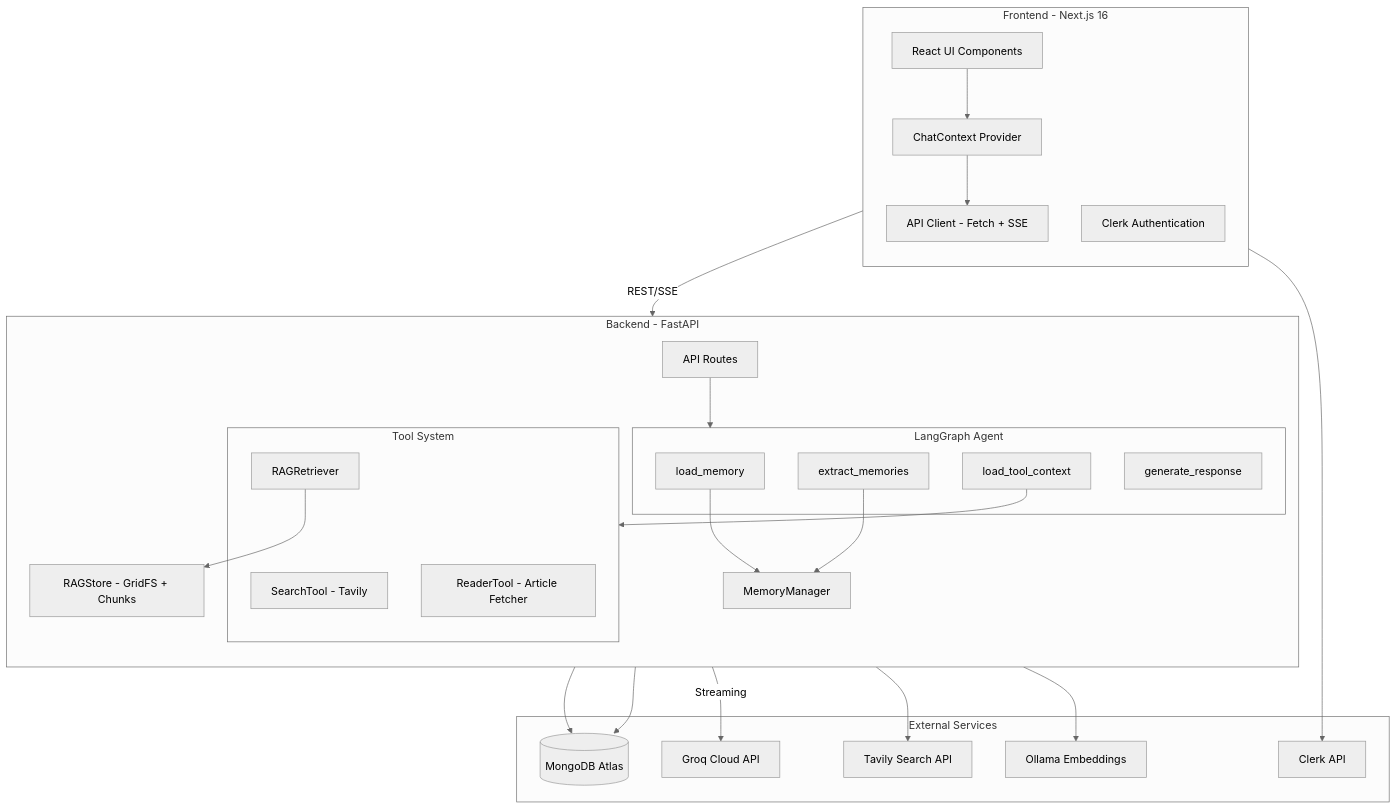
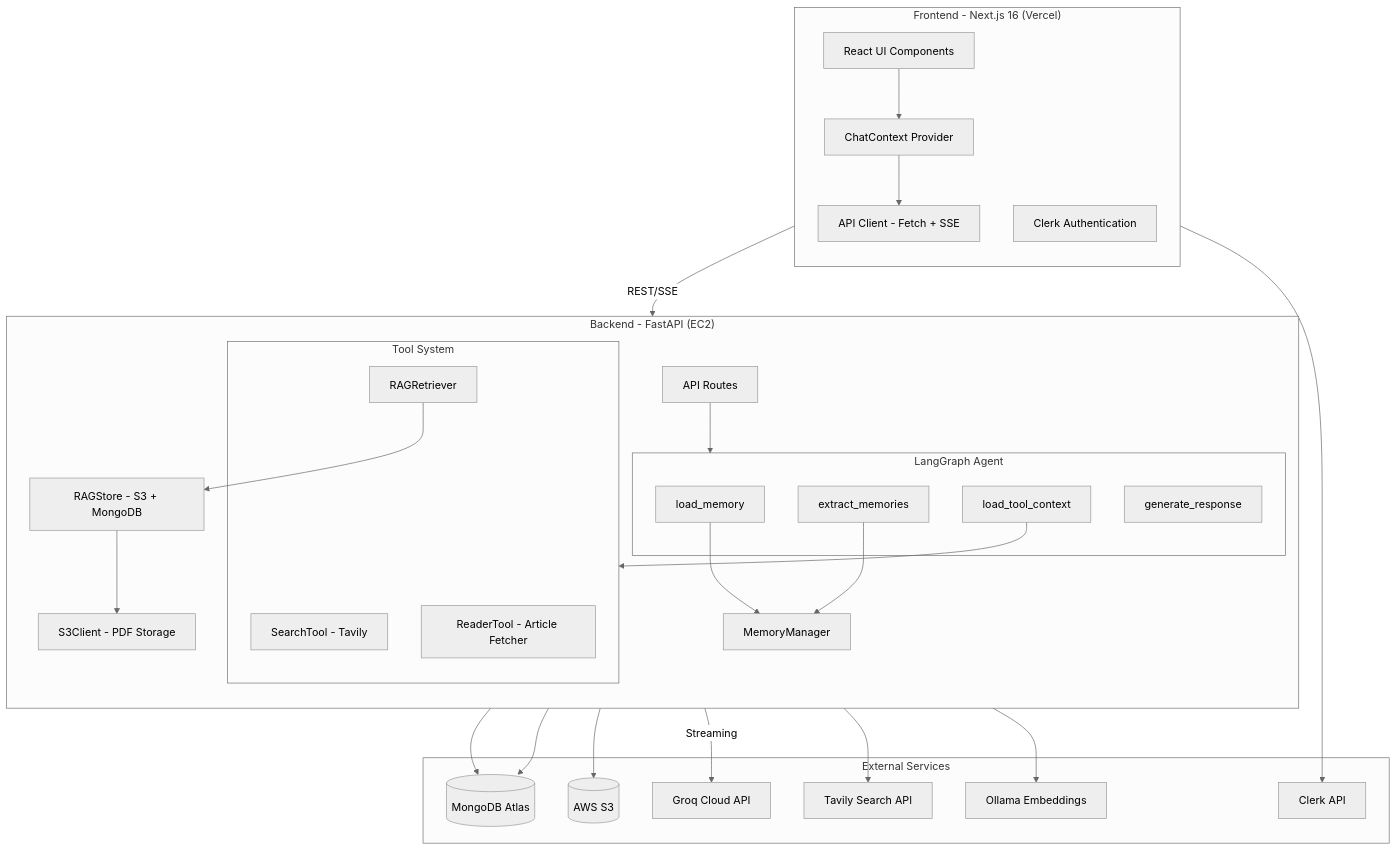
The first of 11 diagrams in README.md (Aafimalek/t3_chat), drawn with Mermaid (neutral theme) before and after one commit. The commit also changed other lines of this file and 3 other files, not shown here.

Commit message:
remove S3 and CI/CD setup guides; update README with deployment architecture and CI/CD pipeline details

````diff
--- a/README.md
+++ b/README.md
@@ -126,54 +132,58 @@
 ```mermaid
 graph TB
-    subgraph Client["Frontend - Next.js 16"]
+    subgraph Client["Frontend - Next.js 16 (Vercel)"]
         direction TB
         UI["React UI Components"]
         Context["ChatContext Provider"]
         API_Client["API Client - Fetch + SSE"]
         Auth["Clerk Authentication"]
     end
 
-    subgraph Server["Backend - FastAPI"]
+    subgraph Server["Backend - FastAPI (EC2)"]
         direction TB
         Routes["API Routes"]
         
         subgraph Agent["LangGraph Agent"]
             LoadMem["load_memory"]
             LoadTools["load_tool_context"]
             Generate["generate_response"]
             Extract["extract_memories"]
         end
         
         subgraph Tools["Tool System"]
             SearchTool["SearchTool - Tavily"]
             ReaderTool["ReaderTool - Article Fetcher"]
             RAGRetriever["RAGRetriever"]
         end
         
         MemMgr["MemoryManager"]
-        RAGStore["RAGStore - GridFS + Chunks"]
+        RAGStore["RAGStore - S3 + MongoDB"]
+        S3Client["S3Client - PDF Storage"]
     end
 
     subgraph External["External Services"]
         MongoDB[("MongoDB Atlas")]
+        S3[("AWS S3")]
         Groq["Groq Cloud API"]
         Tavily["Tavily Search API"]
         Ollama["Ollama Embeddings"]
         ClerkAPI["Clerk API"]
     end
 
     UI --> Context
     Context --> API_Client
     Auth --> ClerkAPI
     API_Client -->|"REST/SSE"| Routes
     Routes --> Agent
     LoadMem --> MemMgr
     LoadTools --> Tools
     SearchTool --> Tavily
     RAGRetriever --> RAGStore
     RAGStore --> Ollama
+    RAGStore --> S3Client
+    S3Client --> S3
     Generate -->|"Streaming"| Groq
     Extract --> MemMgr
     MemMgr --> MongoDB
     RAGStore --> MongoDB
 ```
````
